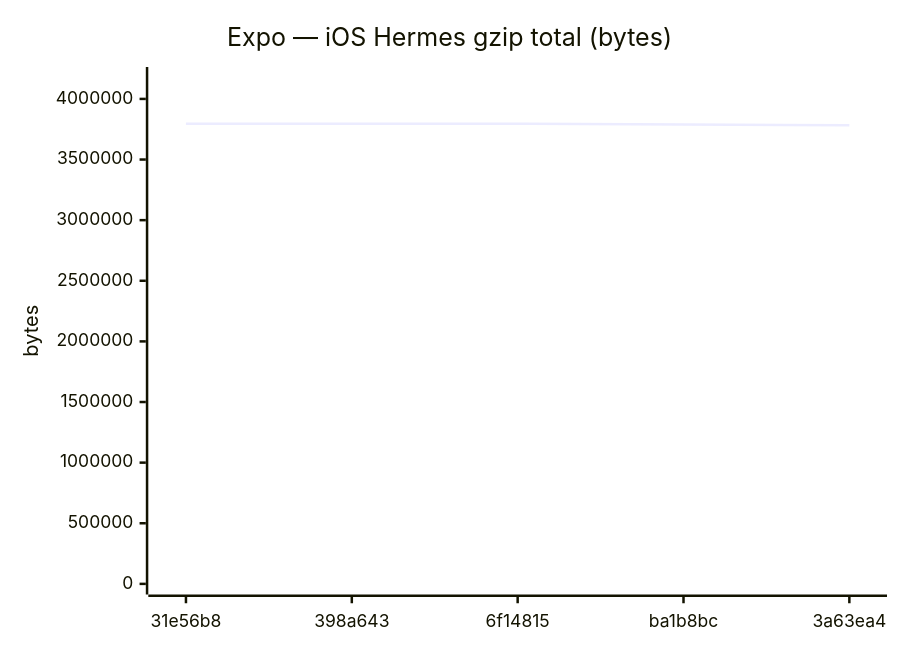
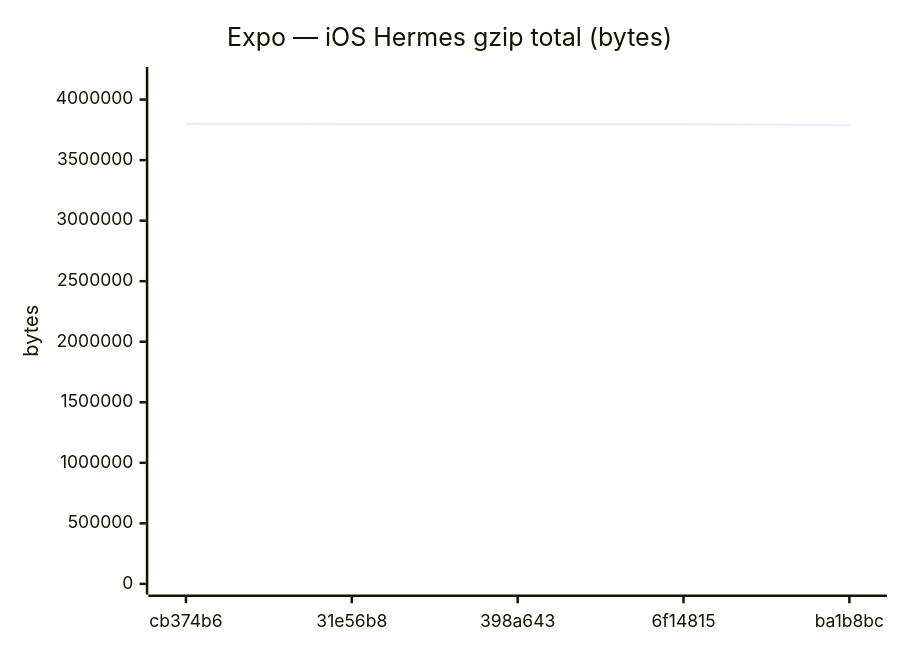
Diagram 12 of 18 in benchmarks/compare.md (Metaheurist/Rianell), drawn with Mermaid before and after one commit. The commit also changed other lines of this file and 11 other files, not shown here.

````diff
--- a/benchmarks/compare.md
+++ b/benchmarks/compare.md
@@ -179,7 +179,7 @@
 ```mermaid
 xychart-beta
     title "Expo — iOS Hermes gzip total (bytes)"
-    x-axis ["31e56b8", "398a643", "6f14815", "ba1b8bc", "3a63ea4"]
-    y-axis "bytes" 0 --> 4175606
-    line [3796002, 3796002, 3796005, 3788525, 3783517]
+    x-axis ["cb374b6", "31e56b8", "398a643", "6f14815", "ba1b8bc"]
+    y-axis "bytes" 0 --> 4181436
+    line [3801305, 3796002, 3796002, 3796005, 3788525]
 ```
````
